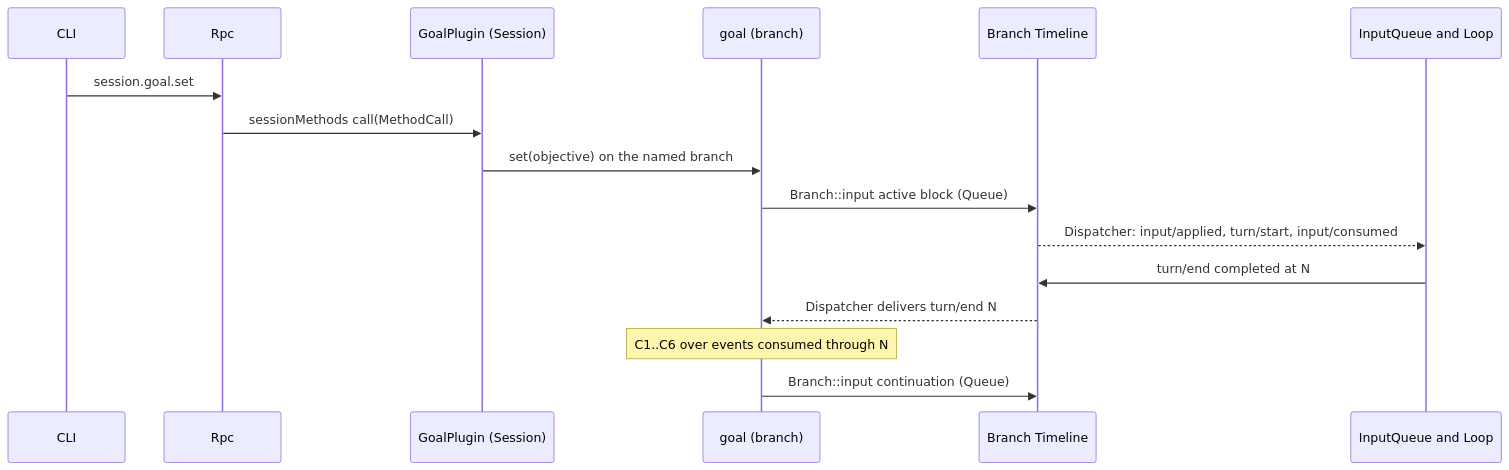
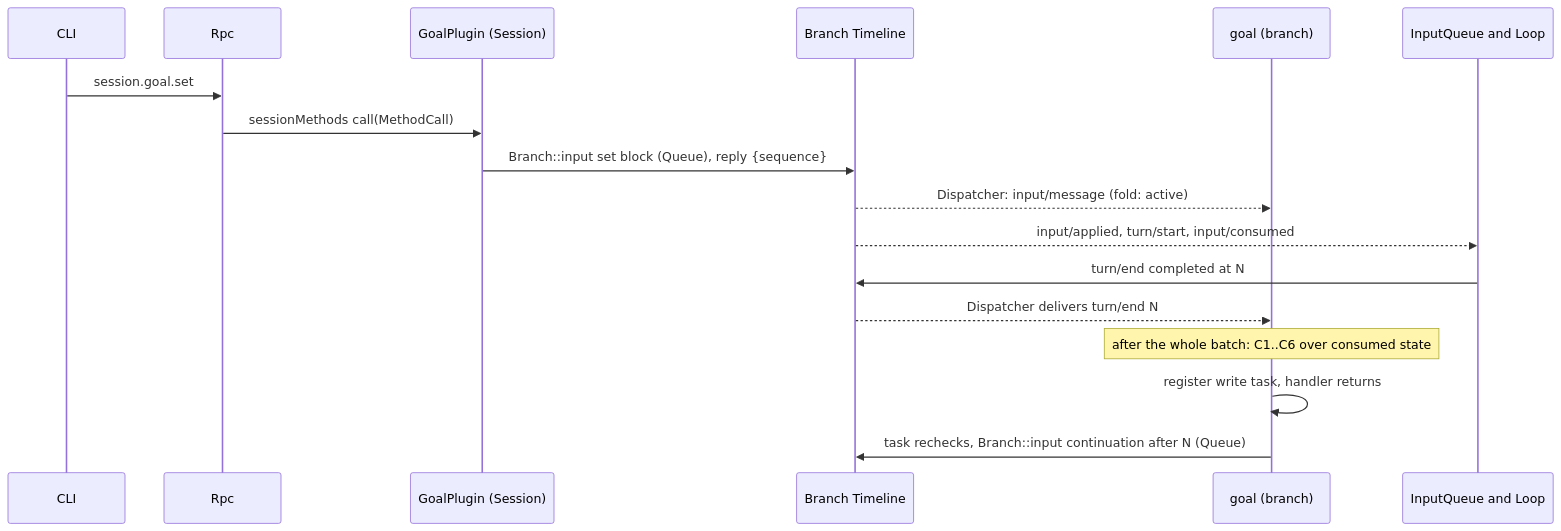
Before and after one commit to CoutinhoTTS/dim-agent: the third of 6 diagrams in docs/design/plugins/Goal.md, drawn with Mermaid. The commit also changed other lines of this file and 40 other files, not shown here.

````diff
--- a/docs/design/plugins/Goal.md
+++ b/docs/design/plugins/Goal.md
@@ -85,18 +104,19 @@
 ```mermaid
 sequenceDiagram
   participant CLI
   participant Rpc
   participant GS as GoalPlugin (Session)
+  participant TL as Branch Timeline
   participant G as goal (branch)
-  participant TL as Branch Timeline
   participant IQ as InputQueue and Loop
   CLI->>Rpc: session.goal.set
   Rpc->>GS: sessionMethods call(MethodCall)
-  GS->>G: set(objective) on the named branch
-  G->>TL: Branch::input active block (Queue)
-  TL-->>IQ: Dispatcher: input/applied, turn/start, input/consumed
+  GS->>TL: Branch::input set block (Queue), reply {sequence}
+  TL-->>G: Dispatcher: input/message (fold: active)
+  TL-->>IQ: input/applied, turn/start, input/consumed
   IQ->>TL: turn/end completed at N
   TL-->>G: Dispatcher delivers turn/end N
-  Note over G: C1..C6 over events consumed through N
-  G->>TL: Branch::input continuation (Queue)
+  Note over G: after the whole batch: C1..C6 over consumed state
+  G->>G: register write task, handler returns
+  G->>TL: task rechecks, Branch::input continuation after N (Queue)
 ```
````
